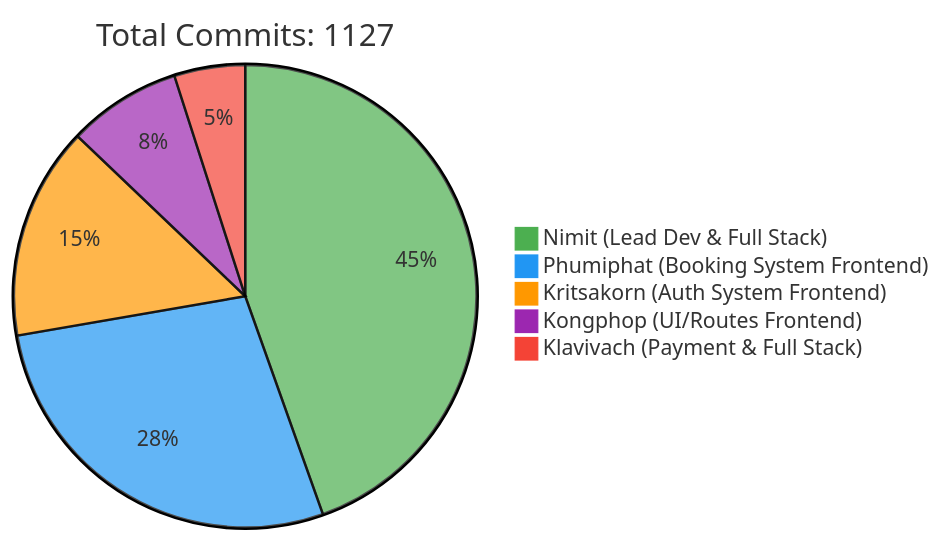
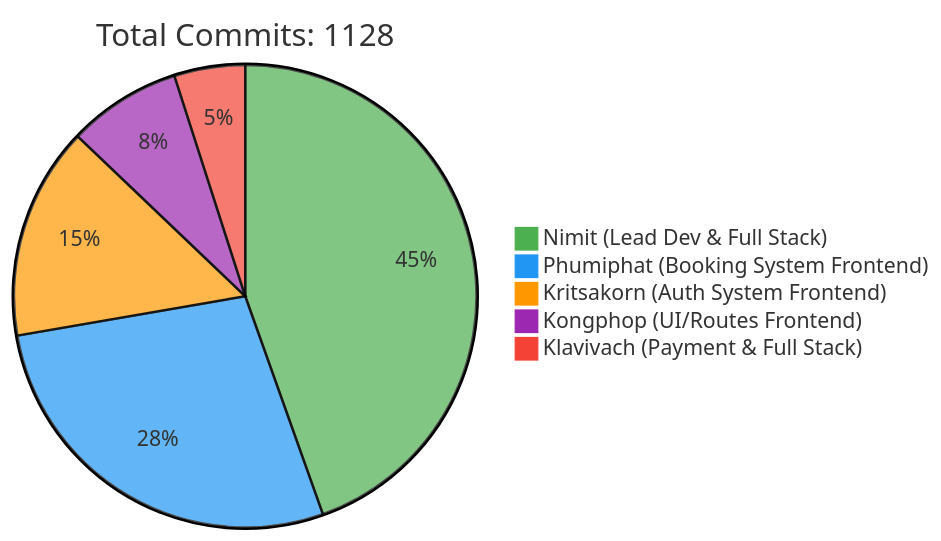
One commit to 6531503042/Sport-Complex changed the first of 2 diagrams in README.md. Above: the diagram before and after it, drawn with Mermaid. The commit also changed other lines of this file, not shown here.

Commit message:
docs: Update contributor statistics [skip ci]

````diff
--- a/README.md
+++ b/README.md
@@ -257,10 +257,10 @@
 ```mermaid
 %%{init: {'theme': 'base', 'themeVariables': { 'pie1': '#4CAF50', 'pie2': '#2196F3', 'pie3': '#FF9800', 'pie4': '#9C27B0', 'pie5': '#F44336'}}}%%
 pie
-    title Total Commits: 1127
+    title Total Commits: 1128
     "Nimit (Lead Dev & Full Stack)" : 450
     "Phumiphat (Booking System Frontend)" : 280
     "Kritsakorn (Auth System Frontend)" : 150
     "Kongphop (UI/Routes Frontend)" : 80
     "Klavivach (Payment & Full Stack)" : 50
 ```
````
